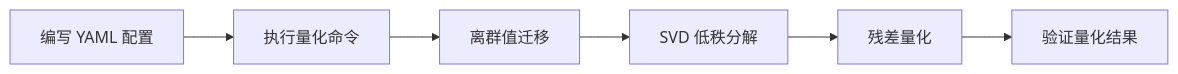
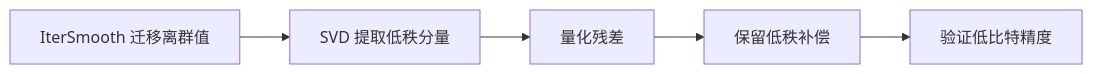
The diagram in msmodelslim/docs/zh/knowledge_base/quantization_algorithms/svdquant/usage_svdquant.md (mindstudio-docs/master), drawn with Mermaid before and after one commit. The commit also changed other lines of this file and 73 other files, not shown here.

````diff
--- a/msmodelslim/docs/zh/knowledge_base/quantization_algorithms/svdquant/usage_svdquant.md
+++ b/msmodelslim/docs/zh/knowledge_base/quantization_algorithms/svdquant/usage_svdquant.md
@@ -41,8 +24,7 @@
 ```mermaid
 flowchart LR
-    A[编写 YAML 配置] --> B[执行量化命令]
-    B --> C[离群值迁移]
-    C --> D[SVD 低秩分解]
-    D --> E[残差量化]
-    E --> F[验证量化结果]
+    A[IterSmooth 迁移离群值] --> B[SVD 提取低秩分量]
+    B[SVD 提取低秩分量] --> C[量化残差]
+    C[量化残差] --> D[保留低秩补偿]
+    D[保留低秩补偿] --> E[验证低比特精度]
 ```
````
